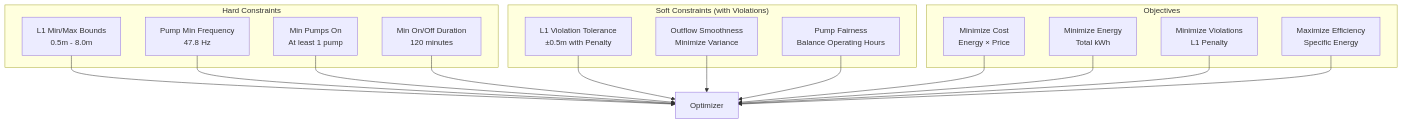
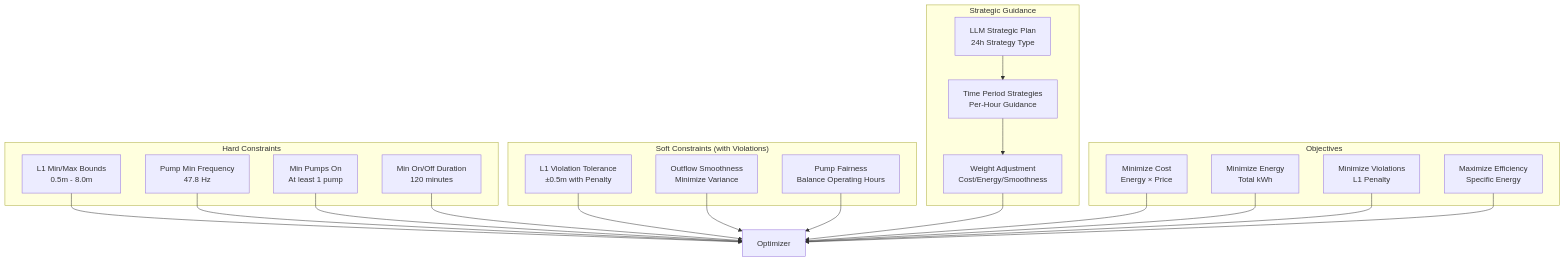
One commit to alexha11/Junction-2025 changed the ninth of 9 diagrams in agents/optimizer_agent/ARCHITECTURE.md. Above: the diagram before and after it, drawn with Mermaid. The commit also changed other lines of this file and 7 other files, not shown here.

````diff
--- a/agents/optimizer_agent/ARCHITECTURE.md
+++ b/agents/optimizer_agent/ARCHITECTURE.md
@@ -365,36 +437,45 @@
 ```mermaid
 graph TD
     subgraph "Hard Constraints"
         H1[L1 Min/Max Bounds<br/>0.5m - 8.0m]
         H2[Pump Min Frequency<br/>47.8 Hz]
         H3[Min Pumps On<br/>At least 1 pump]
         H4[Min On/Off Duration<br/>120 minutes]
     end
     
     subgraph "Soft Constraints (with Violations)"
         S1[L1 Violation Tolerance<br/>±0.5m with Penalty]
         S2[Outflow Smoothness<br/>Minimize Variance]
         S3[Pump Fairness<br/>Balance Operating Hours]
+    end
+    
+    subgraph "Strategic Guidance"
+        ST1[LLM Strategic Plan<br/>24h Strategy Type]
+        ST2[Time Period Strategies<br/>Per-Hour Guidance]
+        ST3[Weight Adjustment<br/>Cost/Energy/Smoothness]
+        ST1 --> ST2
+        ST2 --> ST3
     end
     
     subgraph "Objectives"
         O1[Minimize Cost<br/>Energy × Price]
         O2[Minimize Energy<br/>Total kWh]
         O3[Minimize Violations<br/>L1 Penalty]
         O4[Maximize Efficiency<br/>Specific Energy]
     end
     
     H1 --> OPT[Optimizer]
     H2 --> OPT
     H3 --> OPT
     H4 --> OPT
     
     S1 --> OPT
     S2 --> OPT
     S3 --> OPT
     
+    ST3 --> OPT
     O1 --> OPT
     O2 --> OPT
     O3 --> OPT
     O4 --> OPT
 ```
````
